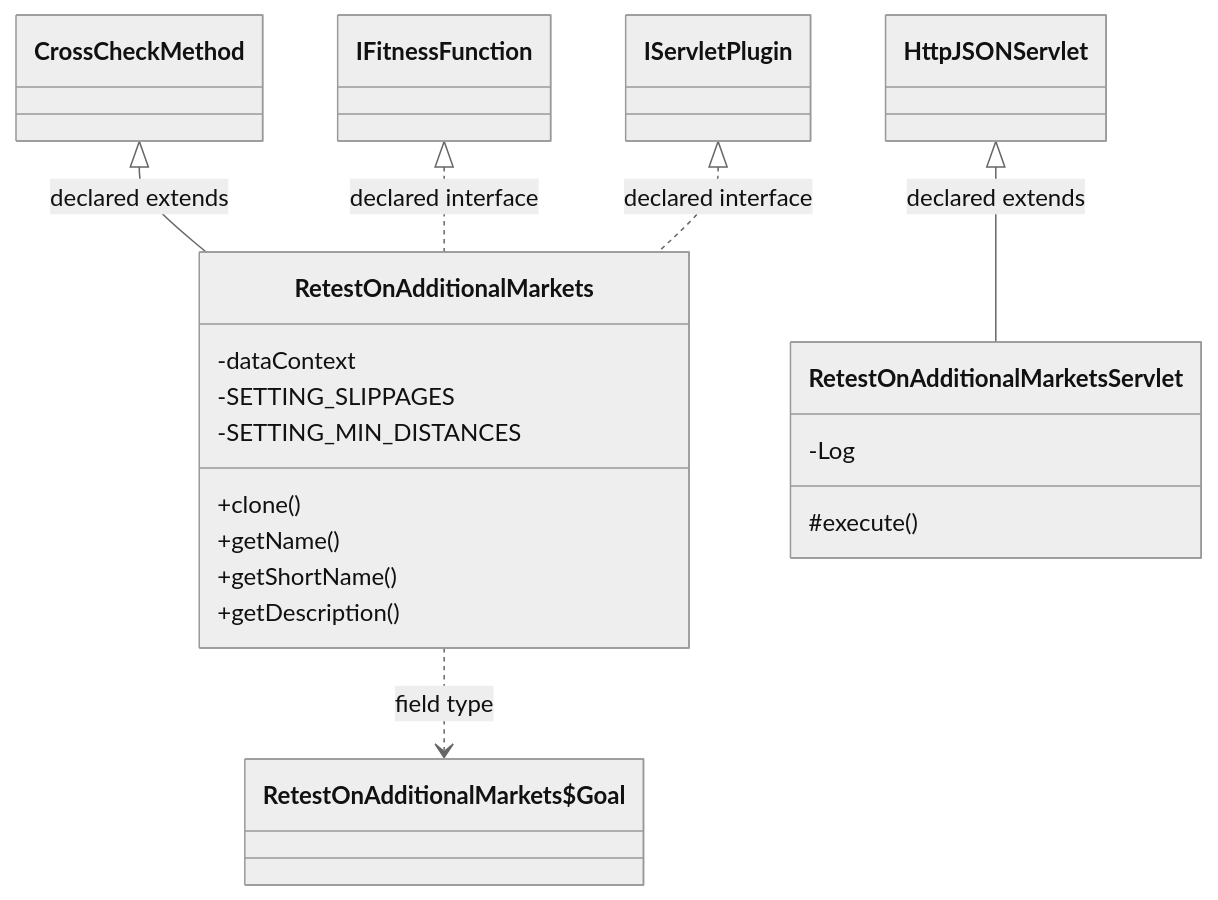
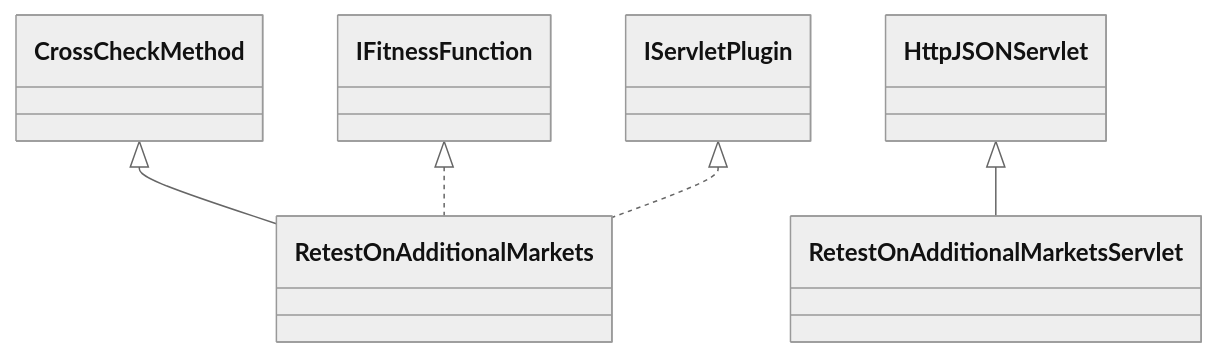
One commit to haruperi/HaruQuantAI changed the diagram in docs/sqx/Shared/CrossCheckRetestOnAdditionalMarkets.md. Above: the diagram before and after it, drawn with Mermaid (neutral theme). The commit also changed other lines of this file and 1688 other files, not shown here.

````diff
--- a/docs/sqx/Shared/CrossCheckRetestOnAdditionalMarkets.md
+++ b/docs/sqx/Shared/CrossCheckRetestOnAdditionalMarkets.md
@@ -30,26 +26,13 @@
 ```mermaid
 classDiagram
-    class Cb038a029d5b6["RetestOnAdditionalMarkets"] {
-        -dataContext
-        -SETTING_SLIPPAGES
-        -SETTING_MIN_DISTANCES
-        +clone()
-        +getName()
-        +getShortName()
-        +getDescription()
-    }
-    class Cac007ded8052["RetestOnAdditionalMarketsServlet"] {
-        -Log
-        #execute()
-    }
-    class C2e508902bd31["RetestOnAdditionalMarkets$Goal"]
-    class C48ebe6aea0c9["CrossCheckMethod"]
-    class C76653c322567["IFitnessFunction"]
-    class C249b5c671b1a["IServletPlugin"]
-    class C8900f90ae594["HttpJSONServlet"]
-    C48ebe6aea0c9 <|-- Cb038a029d5b6 : declared extends
-    C76653c322567 <|.. Cb038a029d5b6 : declared interface
-    C249b5c671b1a <|.. Cb038a029d5b6 : declared interface
-    Cb038a029d5b6 ..> C2e508902bd31 : field type
-    C8900f90ae594 <|-- Cac007ded8052 : declared extends
+    class C0["RetestOnAdditionalMarkets"]
+    class C1["RetestOnAdditionalMarketsServlet"]
+    class E0["CrossCheckMethod"]
+    E0 <|-- C0
+    class E1["IFitnessFunction"]
+    E1 <|.. C0
+    class E2["IServletPlugin"]
+    E2 <|.. C0
+    class E3["HttpJSONServlet"]
+    E3 <|-- C1
 ```
````
